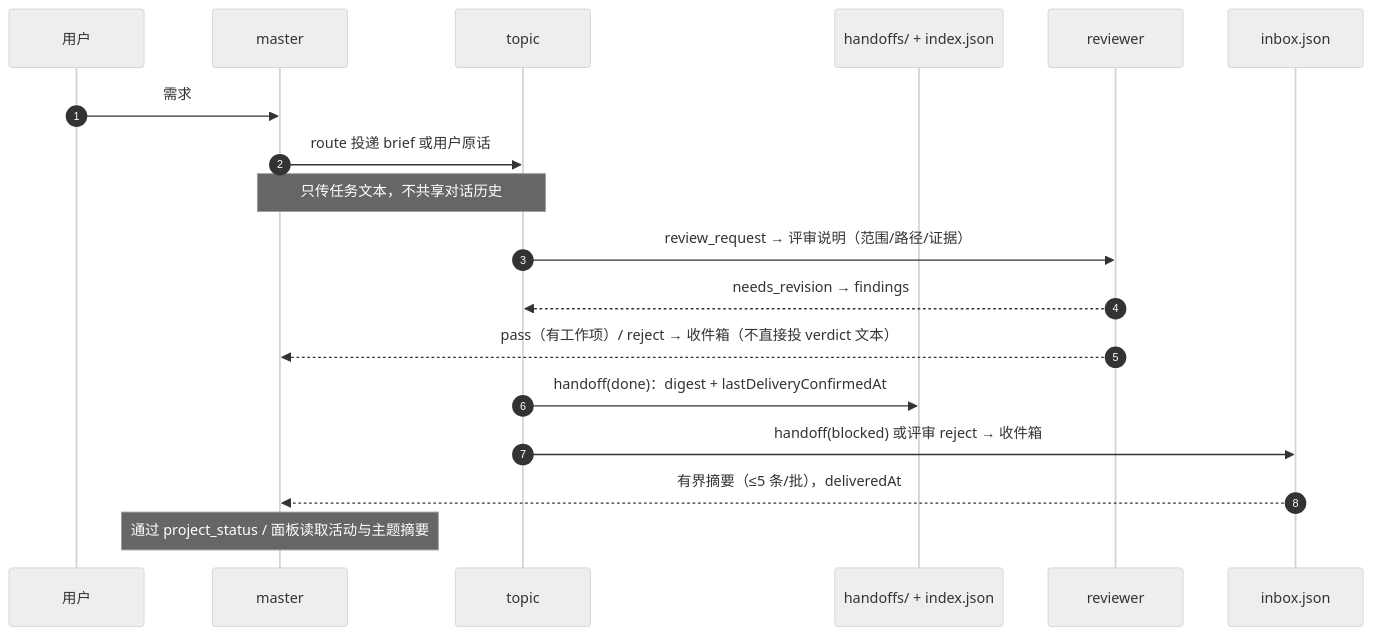
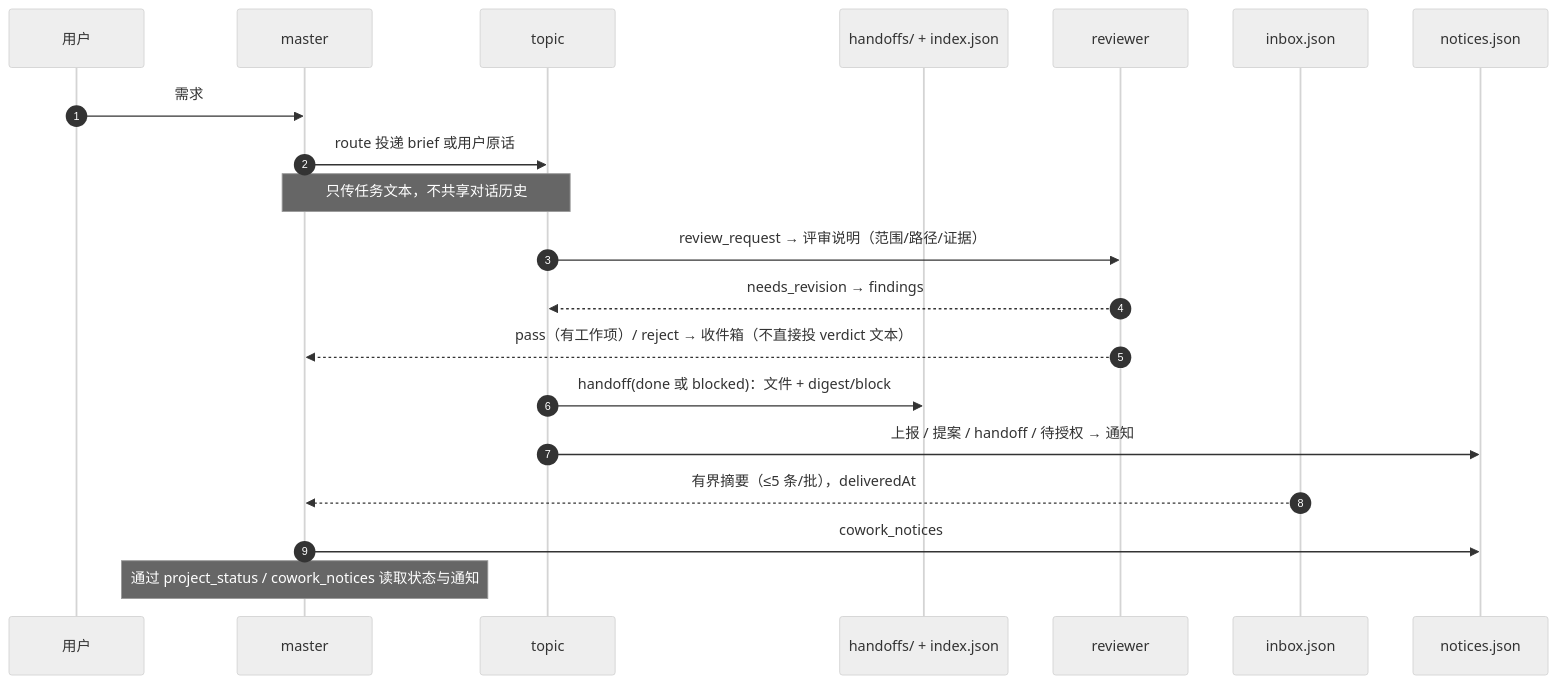
Before and after one commit to leigangzhang/dsh-cowork: the second of 2 diagrams in docs/context.md, drawn with Mermaid (neutral theme). The commit also changed other lines of this file and 4 other files, not shown here.

````diff
--- a/docs/context.md
+++ b/docs/context.md
@@ -77,21 +89,23 @@
 ```mermaid
 sequenceDiagram
   autonumber
   participant U as 用户
   participant M as master
   participant T as topic
   participant D as handoffs/ + index.json
   participant R as reviewer
   participant B as inbox.json
+  participant N as notices.json
 
   U->>M: 需求
   M->>T: route 投递 brief 或用户原话
   Note over M,T: 只传任务文本，不共享对话历史
   T->>R: review_request → 评审说明（范围/路径/证据）
   R-->>T: needs_revision → findings
   R-->>M: pass（有工作项）/ reject → 收件箱（不直接投 verdict 文本）
-  T->>D: handoff(done)：digest + lastDeliveryConfirmedAt
-  T->>B: handoff(blocked) 或评审 reject → 收件箱
+  T->>D: handoff(done 或 blocked)：文件 + digest/block
+  T->>N: 上报 / 提案 / handoff / 待授权 → 通知
   B-->>M: 有界摘要（≤5 条/批），deliveredAt
-  Note over M: 通过 project_status / 面板读取活动与主题摘要
+  M->>N: cowork_notices
+  Note over M: 通过 project_status / cowork_notices 读取状态与通知
 ```
````
